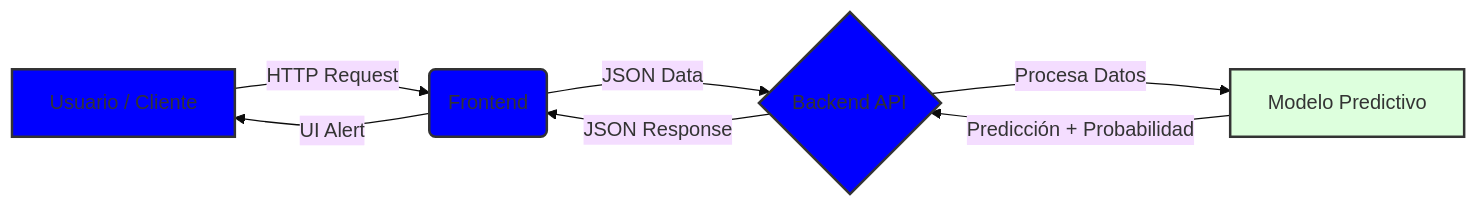
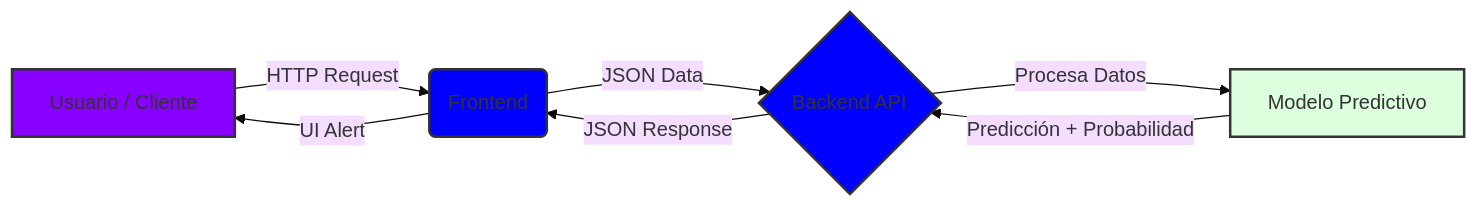
The diagram in README.md (educhile1/FlightOnTime_H12-25-L-Equipo-75), drawn with Mermaid (base theme) before and after one commit.

````diff
--- a/README.md
+++ b/README.md
@@ -75,14 +75,14 @@
 ```mermaid
 graph LR
     A[Usuario / Cliente] -- HTTP Request --> B(Frontend)
     B -- JSON Data --> C{Backend API}
     C -- Procesa Datos --> D[Modelo Predictivo]
     D -- Predicción + Probabilidad --> C
     C -- JSON Response --> B
     B -- UI Alert --> A
     
-    style A fill:#00f,stroke:#333,stroke-width:2px
+    style A fill:#80f,stroke:#333,stroke-width:2px
     style B fill:#00f,stroke:#333,stroke-width:2px
     style C fill:#00f,stroke:#333,stroke-width:2px
     style D fill:#dfd,stroke:#333,stroke-width:2px
 ```
````
